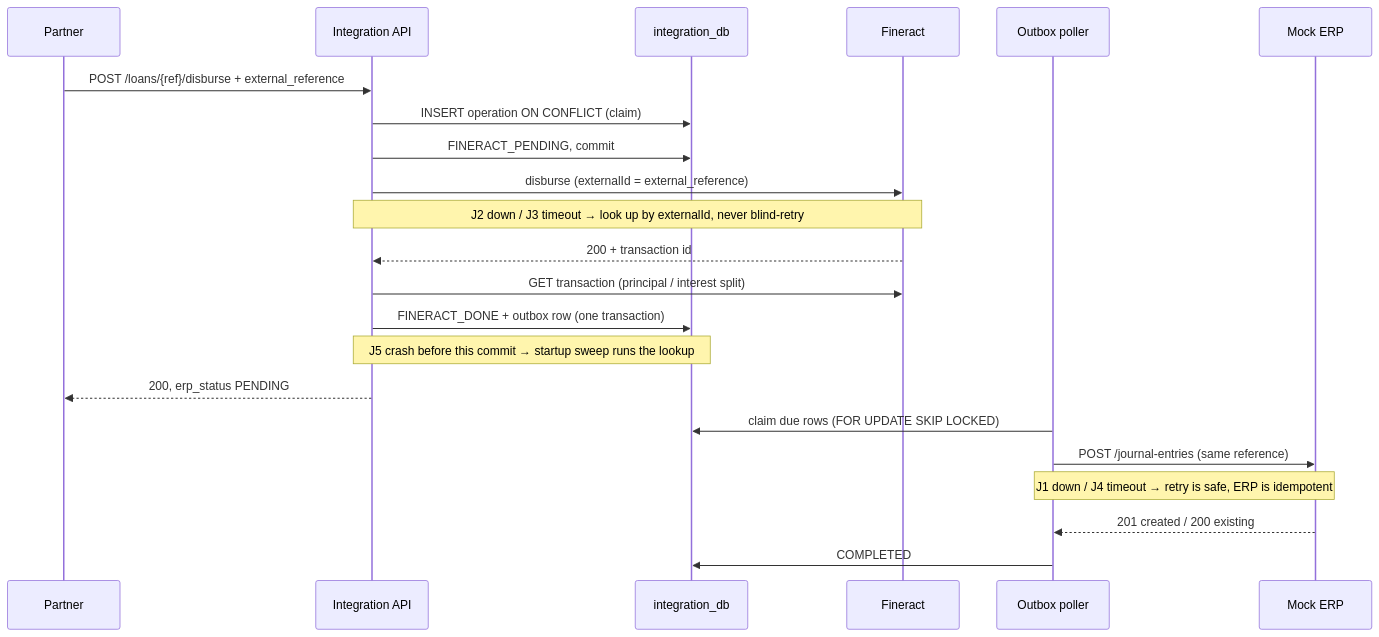
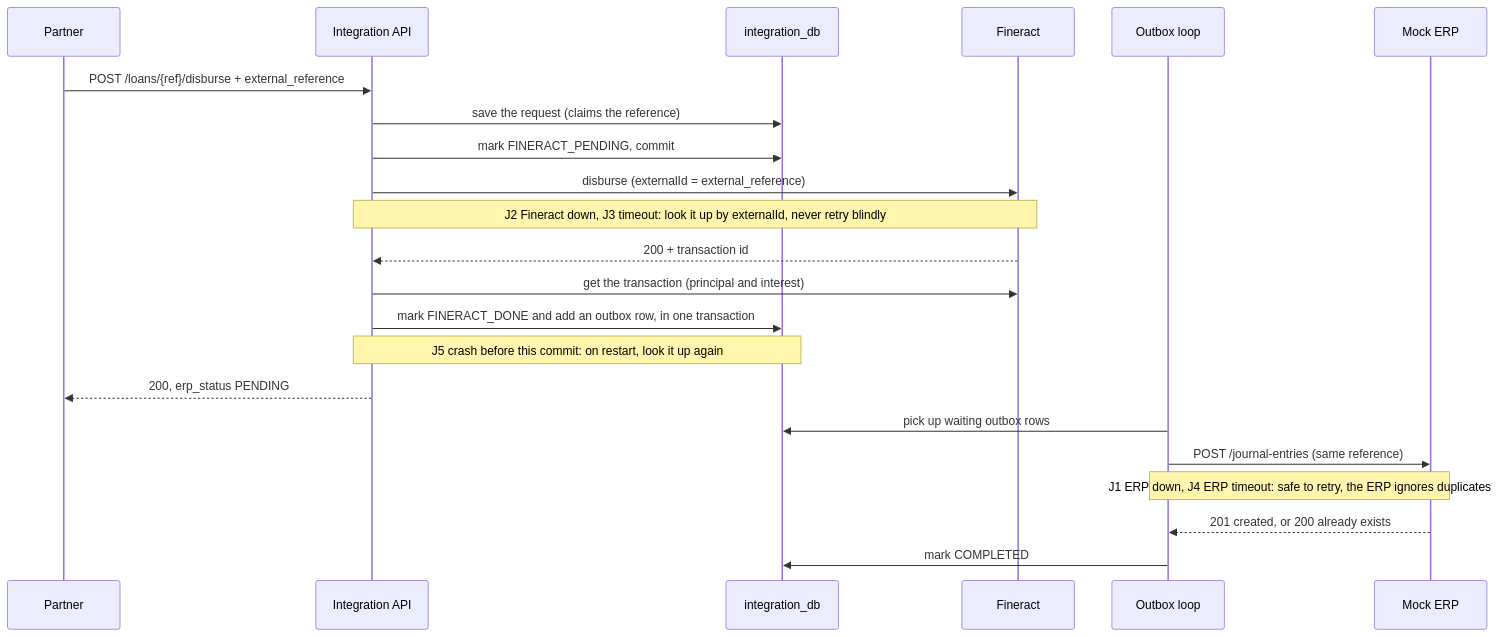
Before and after one commit to wmnjuguna/Inkomoko-Interview: the second of 3 diagrams in ARCHITECTURE.md, drawn with Mermaid. The commit also changed other lines of this file, not shown here.

Commit message:
docs: rewrite architecture in plain language with parent accounts

````diff
--- a/ARCHITECTURE.md
+++ b/ARCHITECTURE.md
@@ -45,24 +45,24 @@
 ```mermaid
 sequenceDiagram
   participant P as Partner
   participant API as Integration API
   participant DB as integration_db
   participant F as Fineract
-  participant W as Outbox poller
+  participant W as Outbox loop
   participant E as Mock ERP
   P->>API: POST /loans/{ref}/disburse + external_reference
-  API->>DB: INSERT operation ON CONFLICT (claim)
-  API->>DB: FINERACT_PENDING, commit
+  API->>DB: save the request (claims the reference)
+  API->>DB: mark FINERACT_PENDING, commit
   API->>F: disburse (externalId = external_reference)
-  Note over API,F: J2 down / J3 timeout → look up by externalId, never blind-retry
+  Note over API,F: J2 Fineract down, J3 timeout: look it up by externalId, never retry blindly
   F-->>API: 200 + transaction id
-  API->>F: GET transaction (principal / interest split)
-  API->>DB: FINERACT_DONE + outbox row (one transaction)
-  Note over API,DB: J5 crash before this commit → startup sweep runs the lookup
+  API->>F: get the transaction (principal and interest)
+  API->>DB: mark FINERACT_DONE and add an outbox row, in one transaction
+  Note over API,DB: J5 crash before this commit: on restart, look it up again
   API-->>P: 200, erp_status PENDING
-  W->>DB: claim due rows (FOR UPDATE SKIP LOCKED)
+  W->>DB: pick up waiting outbox rows
   W->>E: POST /journal-entries (same reference)
-  Note over W,E: J1 down / J4 timeout → retry is safe, ERP is idempotent
-  E-->>W: 201 created / 200 existing
-  W->>DB: COMPLETED
+  Note over W,E: J1 ERP down, J4 ERP timeout: safe to retry, the ERP ignores duplicates
+  E-->>W: 201 created, or 200 already exists
+  W->>DB: mark COMPLETED
 ```
````
